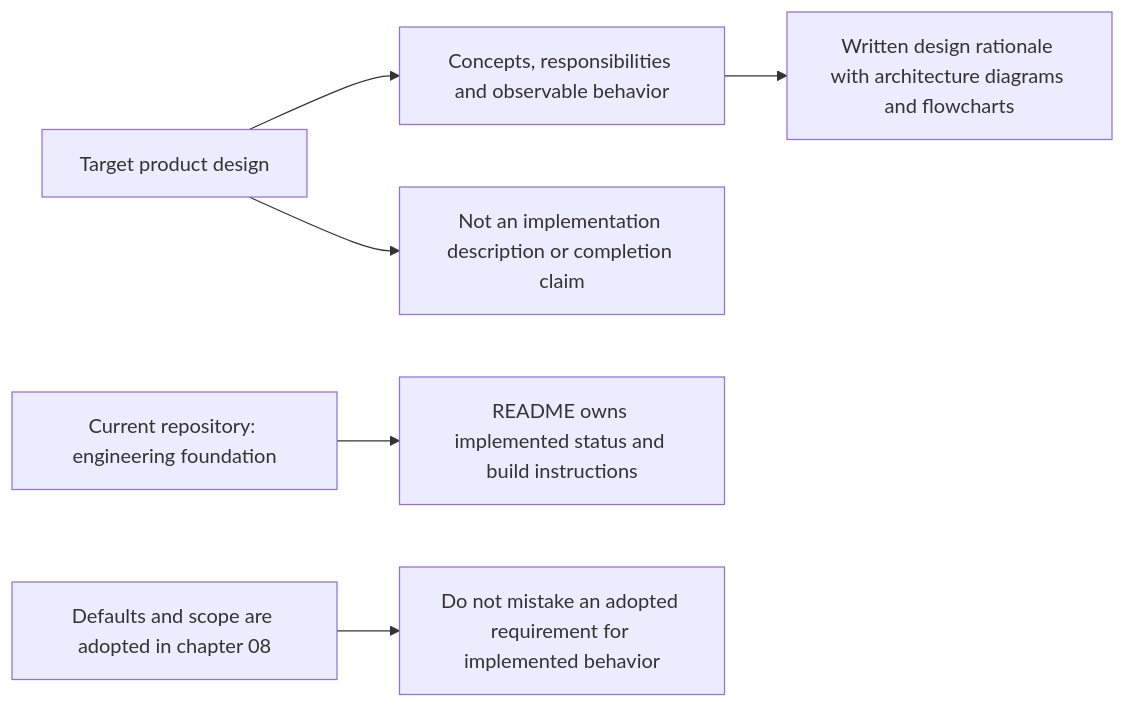
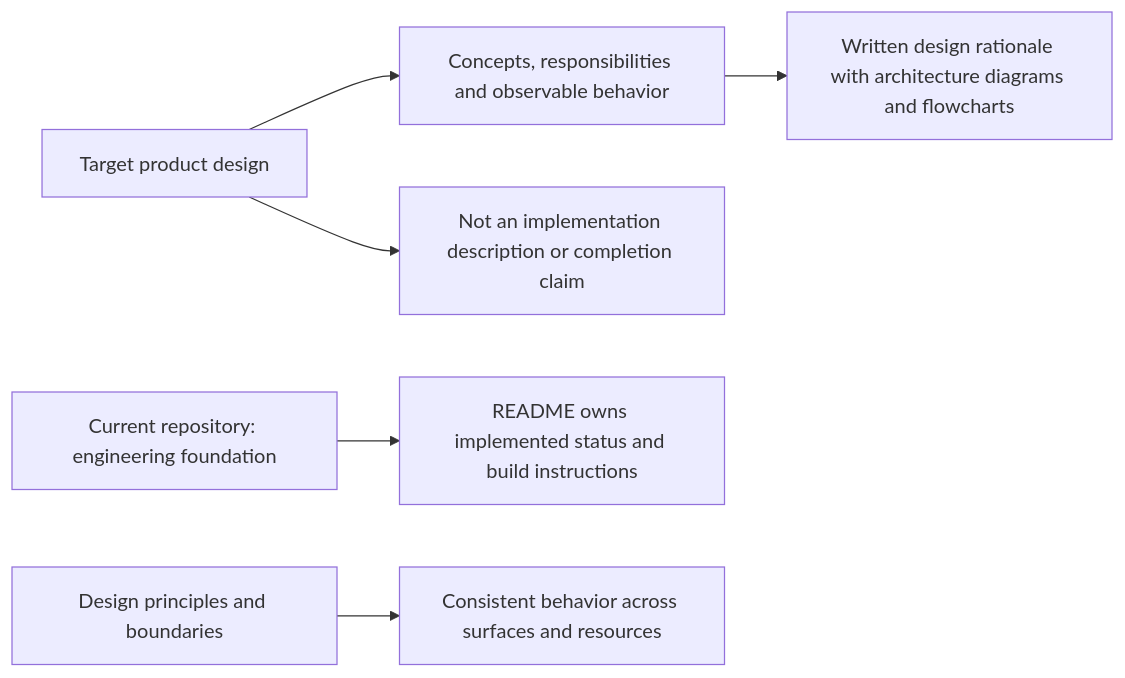
The first of 2 diagrams in spec/README.md (Wh1isper/MyFinder), drawn with Mermaid before and after one commit. The commit also changed other lines of this file and 48 other files, not shown here.

````diff
--- a/spec/README.md
+++ b/spec/README.md
@@ -13,8 +13,8 @@
 ```mermaid
 flowchart LR
     Spec["Target product design"] --> Meaning["Concepts, responsibilities and observable behavior"]
     Meaning --> Format["Written design rationale with architecture diagrams and flowcharts"]
     Spec --> NotCode["Not an implementation description or completion claim"]
     Foundation["Current repository: engineering foundation"] --> Status["README owns implemented status and build instructions"]
-    Choices["Defaults and scope are adopted in chapter 08"] --> Review["Do not mistake an adopted requirement for implemented behavior"]
+    Principles["Design principles and boundaries"] --> Consistency["Consistent behavior across surfaces and resources"]
 ```
````
